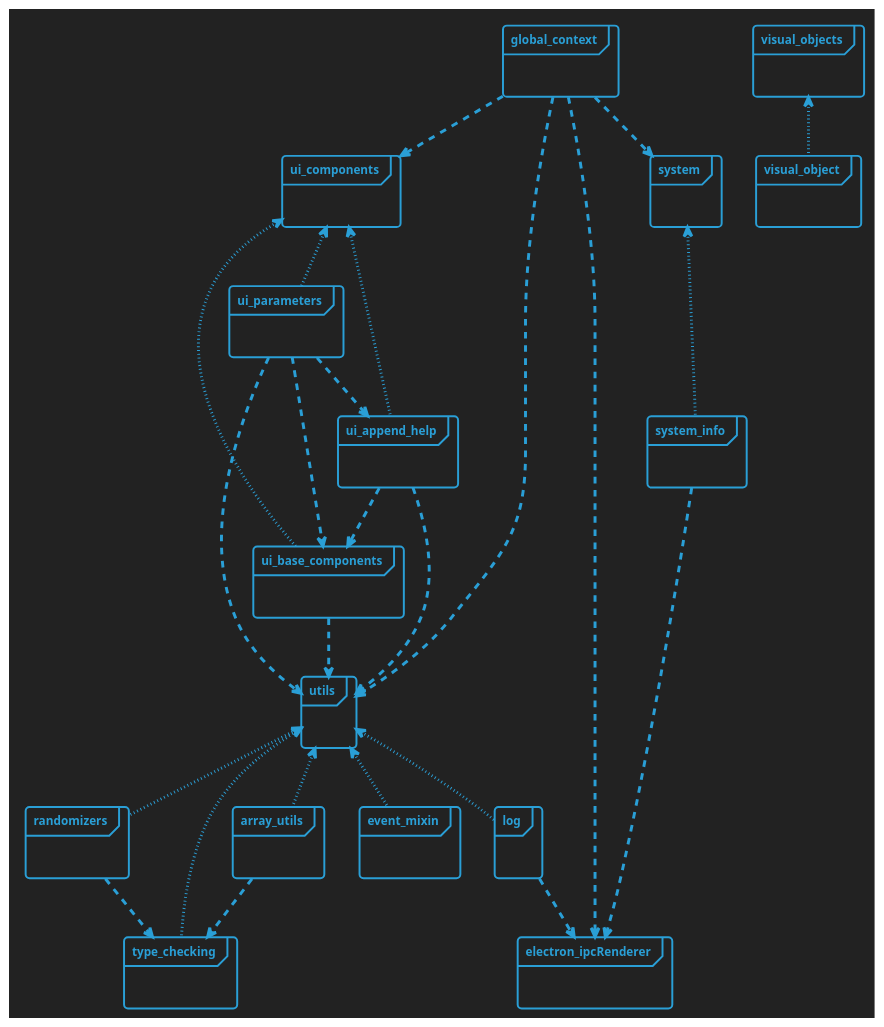
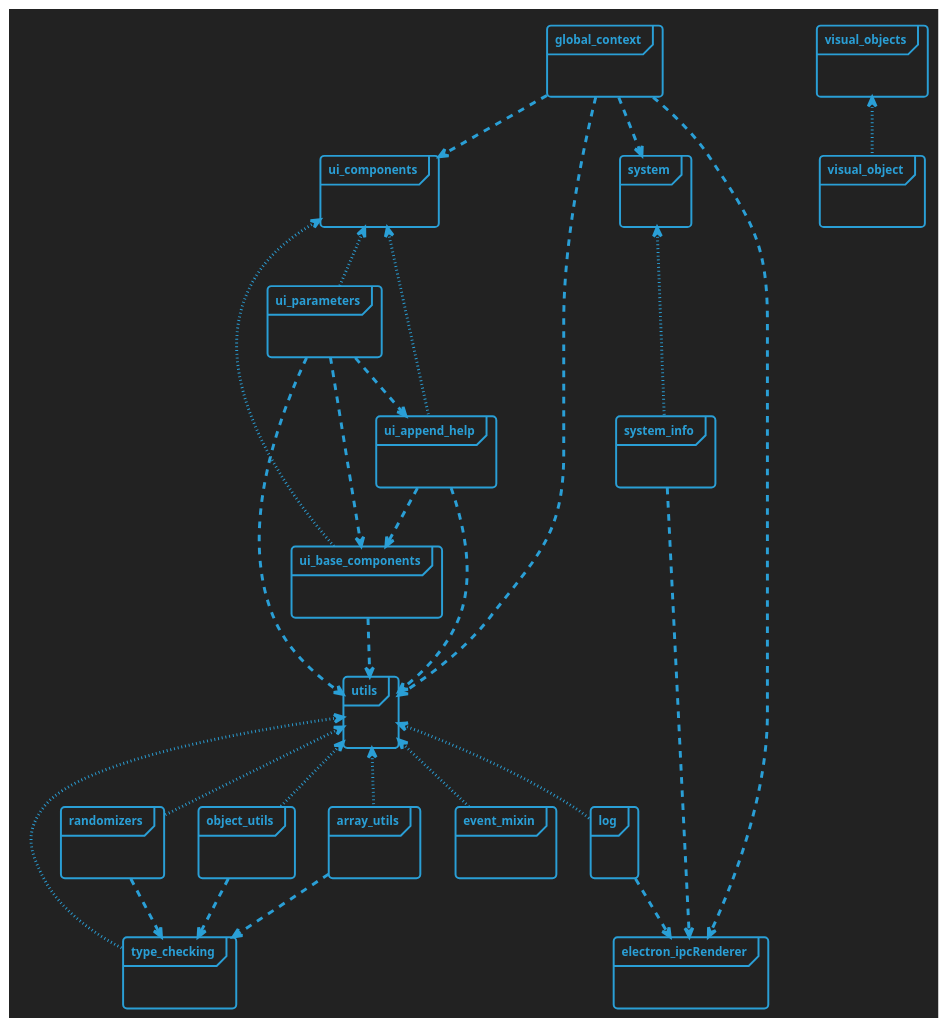
The diagram in docs/modules.plantuml (Picorims/wav2bar), drawn with PlantUML before and after one commit. The commit also changed 6 other files, not shown here.

```diff
--- a/docs/modules.plantuml
+++ b/docs/modules.plantuml
@@ -3,74 +3,78 @@
 @startuml "modules
 !theme cyborg-outline
 skinparam BackgroundColor #222222
 skinparam PackageStyle frame
 
 'package: dotted = export, otherwise = import
 
 package "global_context" {}
 global_context ..> utils
 global_context ..> ui_components
 global_context ..> system
 global_context ..> electron_ipcRenderer
 
 
 
 package "electron_ipcRenderer" {}
 
 
 
 package "system" {}
 system <.[dotted]. system_info
 
 package "system_info" {}
 system_info ..> electron_ipcRenderer
 
 
 
 package "ui_components" {}
 ui_components <.[dotted]. ui_base_components
 ui_components <.[dotted]. ui_parameters
 ui_components <.[dotted]. ui_append_help
 
 package "ui_base_components" {}
 ui_base_components ..> utils
 
 package "ui_parameters" {}
 ui_parameters ..> utils
 ui_parameters ..> ui_base_components
 ui_parameters ..> ui_append_help
 
 package "ui_append_help" {}
 ui_append_help ..> utils
 ui_append_help ..> ui_base_components
 
 
 
 package "utils" {}
 utils <.[dotted]. type_checking
 utils <.[dotted]. randomizers
 utils <.[dotted]. array_utils
 utils <.[dotted]. log
 utils <.[dotted]. event_mixin
+utils <.[dotted]. object_utils
 
 package "array_utils" {}
 array_utils ..> type_checking
 
 package "randomizers" {}
 randomizers ..> type_checking
 
 package "type_checking" {}
 
 package "log" {}
 log ..> electron_ipcRenderer
 
 package "event_mixin" {}
 
+package "object_utils" {}
+object_utils ..> type_checking
+
 
 
 package "visual_objects" {}
 visual_objects <.[dotted]. visual_object
 
 package "visual_object" {}
 
 @enduml
```
